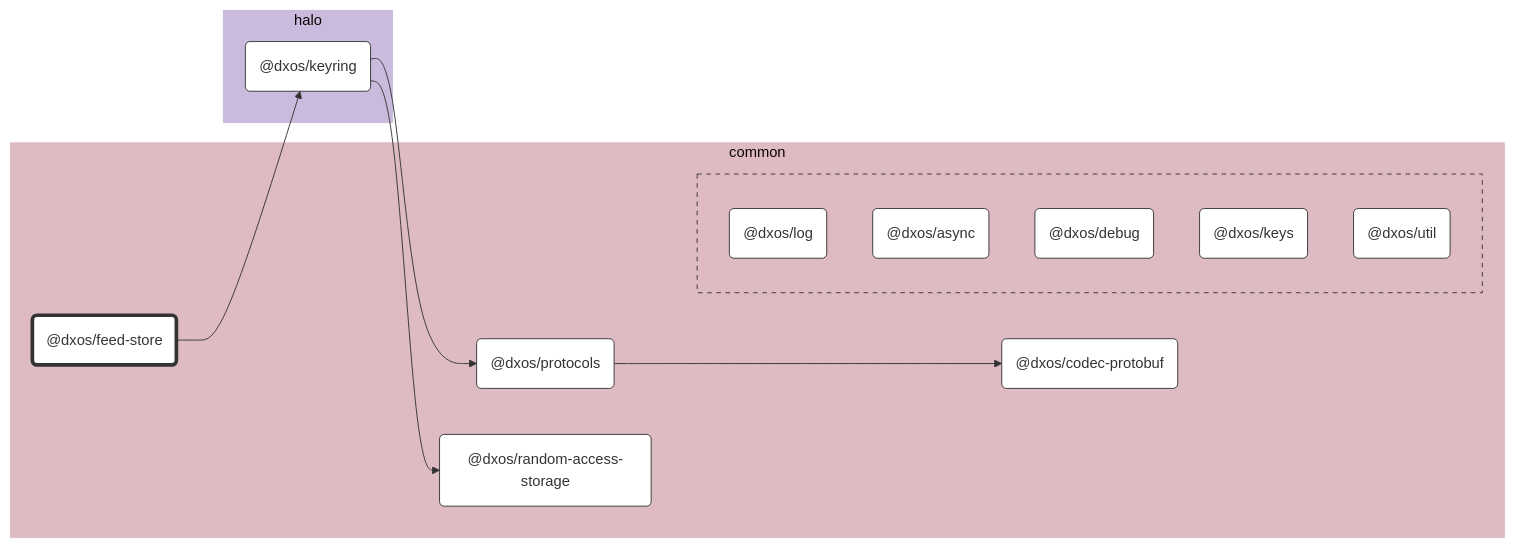
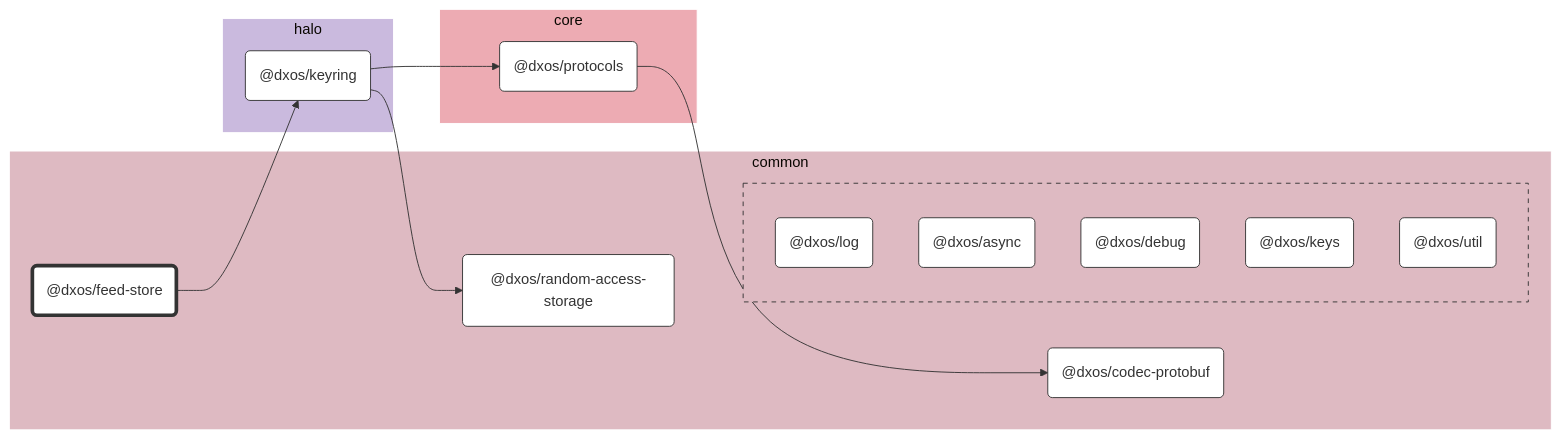
The diagram in packages/common/feed-store/docs/README.md (dxos/dxos), drawn with Mermaid (base theme) before and after one commit. The commit also changed other lines of this file and 1339 other files, not shown here.

````diff
--- a/packages/common/feed-store/docs/README.md
+++ b/packages/common/feed-store/docs/README.md
@@ -7,50 +7,54 @@
 ```mermaid
 %%{ init: {'flowchart':{'curve':'basis'}} }%%
 
 flowchart LR
 
 %% Classes
 classDef def fill:#fff,stroke:#333,stroke-width:1px
 classDef root fill:#fff,stroke:#333,stroke-width:4px
 
 %% Nodes
 
 subgraph common [common]
   style common fill:#debac2,stroke:#fff
   dxos/feed-store("@dxos/feed-store"):::root
   click dxos/feed-store "dxos/dxos/tree/main/packages/common/feed-store/docs"
   dxos/codec-protobuf("@dxos/codec-protobuf"):::def
   click dxos/codec-protobuf "dxos/dxos/tree/main/packages/common/codec-protobuf/docs"
-  dxos/protocols("@dxos/protocols"):::def
-  click dxos/protocols "dxos/dxos/tree/main/packages/common/protocols/docs"
   dxos/random-access-storage("@dxos/random-access-storage"):::def
   click dxos/random-access-storage "dxos/dxos/tree/main/packages/common/random-access-storage/docs"
 
   subgraph common-excluded [ ]
     style common-excluded fill:#debac2,stroke:#333,stroke-dasharray:5 5
     dxos/log("@dxos/log"):::def
     click dxos/log "dxos/dxos/tree/main/packages/common/log/docs"
     dxos/async("@dxos/async"):::def
     click dxos/async "dxos/dxos/tree/main/packages/common/async/docs"
     dxos/debug("@dxos/debug"):::def
     click dxos/debug "dxos/dxos/tree/main/packages/common/debug/docs"
     dxos/keys("@dxos/keys"):::def
     click dxos/keys "dxos/dxos/tree/main/packages/common/keys/docs"
     dxos/util("@dxos/util"):::def
     click dxos/util "dxos/dxos/tree/main/packages/common/util/docs"
   end
 end
 
 subgraph halo [halo]
   style halo fill:#cabade,stroke:#fff
   dxos/keyring("@dxos/keyring"):::def
-  click dxos/keyring "dxos/dxos/tree/main/packages/halo/keyring/docs"
+  click dxos/keyring "dxos/dxos/tree/main/packages/core/halo/keyring/docs"
+end
+
+subgraph core [core]
+  style core fill:#edabb3,stroke:#fff
+  dxos/protocols("@dxos/protocols"):::def
+  click dxos/protocols "dxos/dxos/tree/main/packages/core/protocols/docs"
 end
 
 %% Links
 linkStyle default stroke:#333,stroke-width:1px
 dxos/feed-store --> dxos/keyring
 dxos/keyring --> dxos/protocols
 dxos/protocols --> dxos/codec-protobuf
 dxos/keyring --> dxos/random-access-storage
 ```
````
